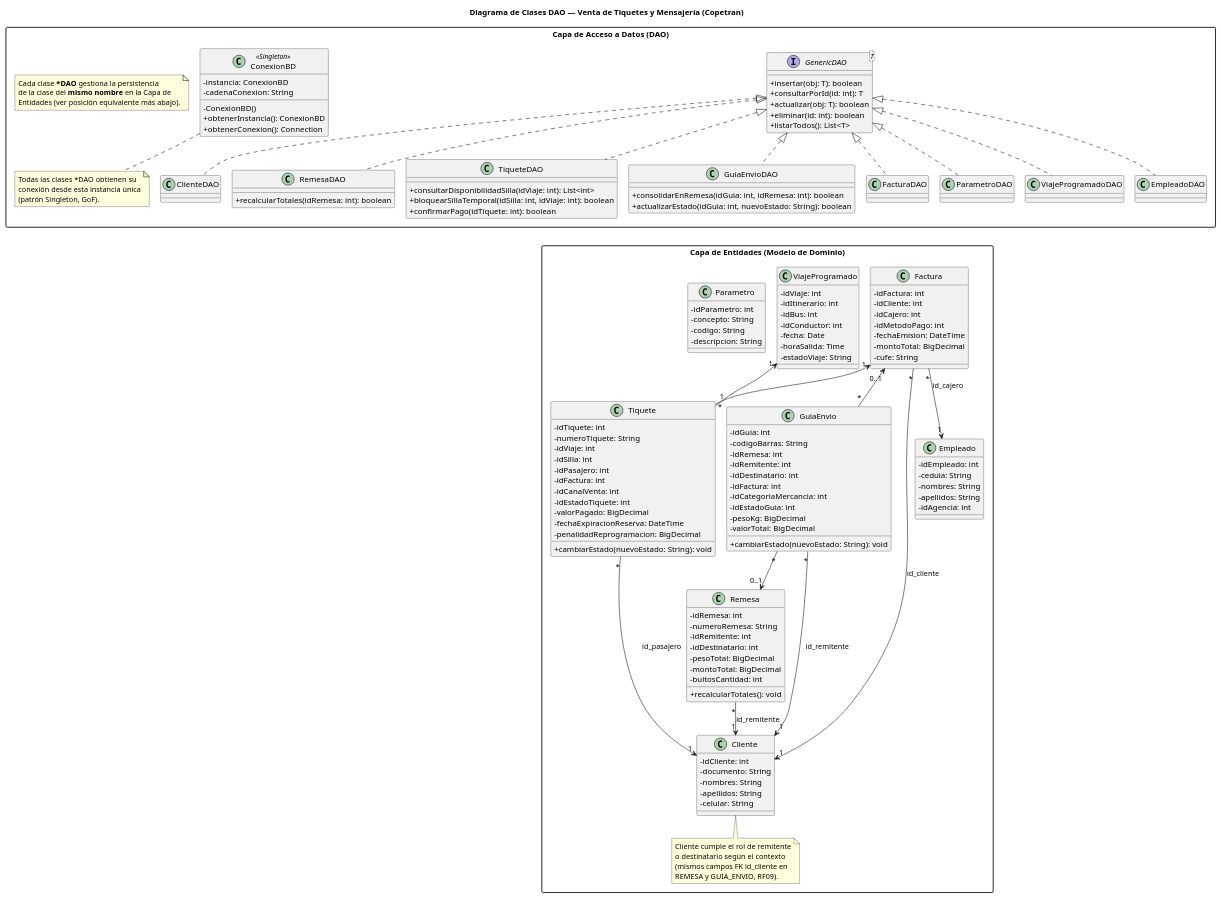
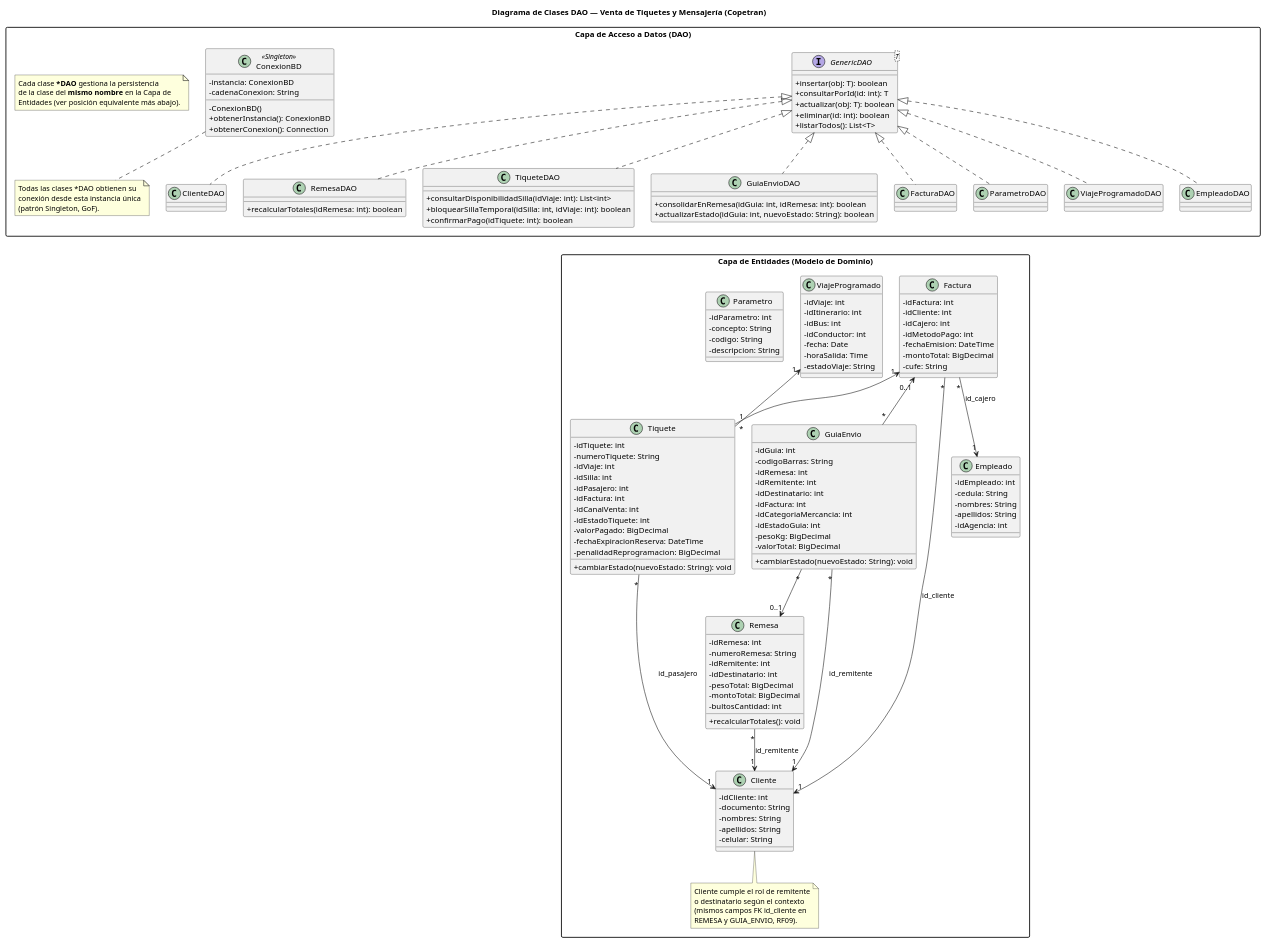
The diagram in docs/parcial-primer-corte/diagramas/clases-dao/clases-dao.puml (SKing25/Copetran-), drawn with PlantUML before and after one commit. The commit also changed 5 other files, not shown here.

First line of the commit message:
Reordenar diagrama DAO y colaboración del Proceso C; tablas con filas alternadas en el informe

```diff
--- a/docs/parcial-primer-corte/diagramas/clases-dao/clases-dao.puml
+++ b/docs/parcial-primer-corte/diagramas/clases-dao/clases-dao.puml
@@ -1,175 +1,175 @@
 @startuml clases_dao
 title Diagrama de Clases DAO — Venta de Tiquetes y Mensajería (Copetran)
 skinparam classAttributeIconSize 0
 skinparam packageStyle rectangle
-skinparam nodesep 20
-skinparam ranksep 40
+skinparam nodesep 30
+skinparam ranksep 55
 
 package "Capa de Acceso a Datos (DAO)" {
   interface GenericDAO<T> {
     +insertar(obj: T): boolean
     +consultarPorId(id: int): T
     +actualizar(obj: T): boolean
     +eliminar(id: int): boolean
     +listarTodos(): List<T>
   }
 
   class ConexionBD <<Singleton>> {
     -instancia: ConexionBD
     -cadenaConexion: String
     -ConexionBD()
     +obtenerInstancia(): ConexionBD
     +obtenerConexion(): Connection
   }
 
   class ClienteDAO
   class EmpleadoDAO
   class ParametroDAO
   class ViajeProgramadoDAO
   class FacturaDAO
 
   class TiqueteDAO {
     +consultarDisponibilidadSilla(idViaje: int): List<int>
     +bloquearSillaTemporal(idSilla: int, idViaje: int): boolean
     +confirmarPago(idTiquete: int): boolean
   }
 
   class GuiaEnvioDAO {
     +consolidarEnRemesa(idGuia: int, idRemesa: int): boolean
     +actualizarEstado(idGuia: int, nuevoEstado: String): boolean
   }
 
   class RemesaDAO {
     +recalcularTotales(idRemesa: int): boolean
   }
 
   ClienteDAO .up.|> GenericDAO
   EmpleadoDAO .up.|> GenericDAO
   ParametroDAO .up.|> GenericDAO
   ViajeProgramadoDAO .up.|> GenericDAO
   FacturaDAO .up.|> GenericDAO
   TiqueteDAO .up.|> GenericDAO
   GuiaEnvioDAO .up.|> GenericDAO
   RemesaDAO .up.|> GenericDAO
 
   note bottom of ConexionBD
     Todas las clases *DAO obtienen su
     conexión desde esta instancia única
     (patrón Singleton, GoF).
   end note
 
   note "Cada clase <b>*DAO</b> gestiona la persistencia\nde la clase del <b>mismo nombre</b> en la Capa de\nEntidades (ver posición equivalente más abajo)." as N1
 }
 
 package "Capa de Entidades (Modelo de Dominio)" {
   class Cliente {
     -idCliente: int
     -documento: String
     -nombres: String
     -apellidos: String
     -celular: String
   }
 
   class Empleado {
     -idEmpleado: int
     -cedula: String
     -nombres: String
     -apellidos: String
     -idAgencia: int
   }
 
   class Parametro {
     -idParametro: int
     -concepto: String
     -codigo: String
     -descripcion: String
   }
 
   class ViajeProgramado {
     -idViaje: int
     -idItinerario: int
     -idBus: int
     -idConductor: int
     -fecha: Date
     -horaSalida: Time
     -estadoViaje: String
   }
 
   class Factura {
     -idFactura: int
     -idCliente: int
     -idCajero: int
     -idMetodoPago: int
     -fechaEmision: DateTime
     -montoTotal: BigDecimal
     -cufe: String
   }
 
   class Tiquete {
     -idTiquete: int
     -numeroTiquete: String
     -idViaje: int
     -idSilla: int
     -idPasajero: int
     -idFactura: int
     -idCanalVenta: int
     -idEstadoTiquete: int
     -valorPagado: BigDecimal
     -fechaExpiracionReserva: DateTime
     -penalidadReprogramacion: BigDecimal
     +cambiarEstado(nuevoEstado: String): void
   }
 
   class GuiaEnvio {
     -idGuia: int
     -codigoBarras: String
     -idRemesa: int
     -idRemitente: int
     -idDestinatario: int
     -idFactura: int
     -idCategoriaMercancia: int
     -idEstadoGuia: int
     -pesoKg: BigDecimal
     -valorTotal: BigDecimal
     +cambiarEstado(nuevoEstado: String): void
   }
 
   class Remesa {
     -idRemesa: int
     -numeroRemesa: String
     -idRemitente: int
     -idDestinatario: int
     -pesoTotal: BigDecimal
     -montoTotal: BigDecimal
     -bultosCantidad: int
     +recalcularTotales(): void
   }
 
   Tiquete "*" -up-> "1" ViajeProgramado
   Tiquete "1" -up-> "1" Factura
-  Tiquete "*" --> "1" Cliente : id_pasajero
-  Factura "*" --> "1" Cliente : id_cliente
+  Tiquete "*" -down-> "1" Cliente : id_pasajero
   Factura "*" --> "1" Empleado : id_cajero
-  GuiaEnvio "*" --> "0..1" Remesa
-  GuiaEnvio "*" --> "1" Cliente : id_remitente
+  Factura "*" -down-> "1" Cliente : id_cliente
+  GuiaEnvio "*" -down-> "0..1" Remesa
+  GuiaEnvio "*" -down-> "1" Cliente : id_remitente
   GuiaEnvio "*" -up-> "0..1" Factura
-  Remesa "*" --> "1" Cliente : id_remitente
+  Remesa "*" -down-> "1" Cliente : id_remitente
 
   note bottom of Cliente
     Cliente cumple el rol de remitente
     o destinatario según el contexto
     (mismos campos FK id_cliente en
     REMESA y GUIA_ENVIO, RF09).
   end note
 }
 
 ClienteDAO -[hidden]-> Cliente
 EmpleadoDAO -[hidden]-> Empleado
 ParametroDAO -[hidden]-> Parametro
 ViajeProgramadoDAO -[hidden]-> ViajeProgramado
 FacturaDAO -[hidden]-> Factura
 TiqueteDAO -[hidden]-> Tiquete
 GuiaEnvioDAO -[hidden]-> GuiaEnvio
 RemesaDAO -[hidden]-> Remesa
 
 @enduml
```
